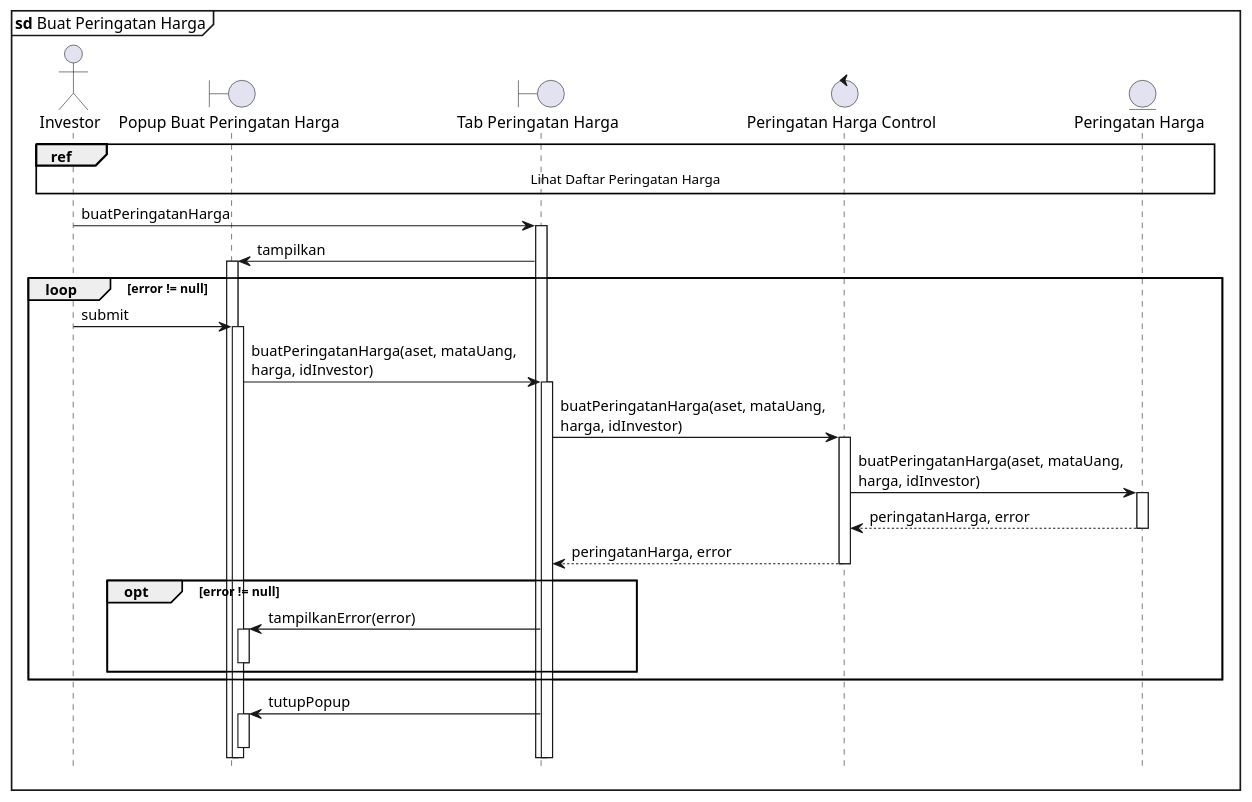
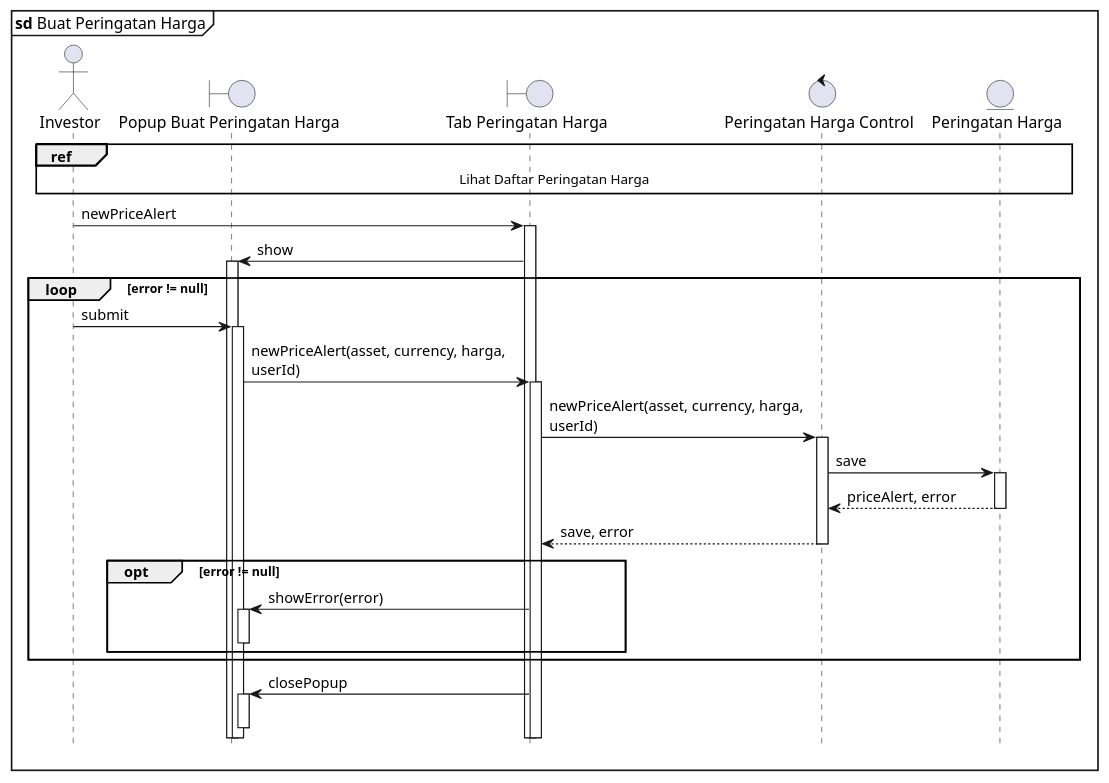
Before and after one commit to clarestarahma/manajemen-investasi: the diagram in sequence/buat-peringatan-harga.puml, drawn with PlantUML. The commit also changed 12 other files, not shown here.

```diff
--- a/sequence/buat-peringatan-harga.puml
+++ b/sequence/buat-peringatan-harga.puml
@@ -1,37 +1,37 @@
 @startuml Sequence
 
 skinparam maxMessageSize 250
 
 hide footbox
 autoactivate on
 
 mainframe **sd** Buat Peringatan Harga
 
 actor Investor as I
 boundary "Popup Buat Peringatan Harga" as PBPH
 boundary "Tab Peringatan Harga" as TPH
 control "Peringatan Harga Control" as PHC
 entity "Peringatan Harga" as PH
 
 ref over I, PH : Lihat Daftar Peringatan Harga
 
-I -> TPH : buatPeringatanHarga
-TPH -> PBPH : tampilkan
+I -> TPH : newPriceAlert
+TPH -> PBPH : show
 
 loop error != null
   I -> PBPH : submit
-  PBPH -> TPH : buatPeringatanHarga(aset, mataUang, harga, idInvestor)
-  TPH -> PHC : buatPeringatanHarga(aset, mataUang, harga, idInvestor)
-  PHC -> PH : buatPeringatanHarga(aset, mataUang, harga, idInvestor)
-  PH --> PHC : peringatanHarga, error
-  PHC --> TPH : peringatanHarga, error
+  PBPH -> TPH : newPriceAlert(asset, currency, harga, userId)
+  TPH -> PHC : newPriceAlert(asset, currency, harga, userId)
+  PHC -> PH : save
+  PH --> PHC : priceAlert, error
+  PHC --> TPH : save, error
 
   opt error != null
-    TPH -> PBPH : tampilkanError(error)
+    TPH -> PBPH : showError(error)
     deactivate PBPH
   end
 end
 
-TPH -> PBPH : tutupPopup
+TPH -> PBPH : closePopup
 deactivate PBPH
 @enduml
```
